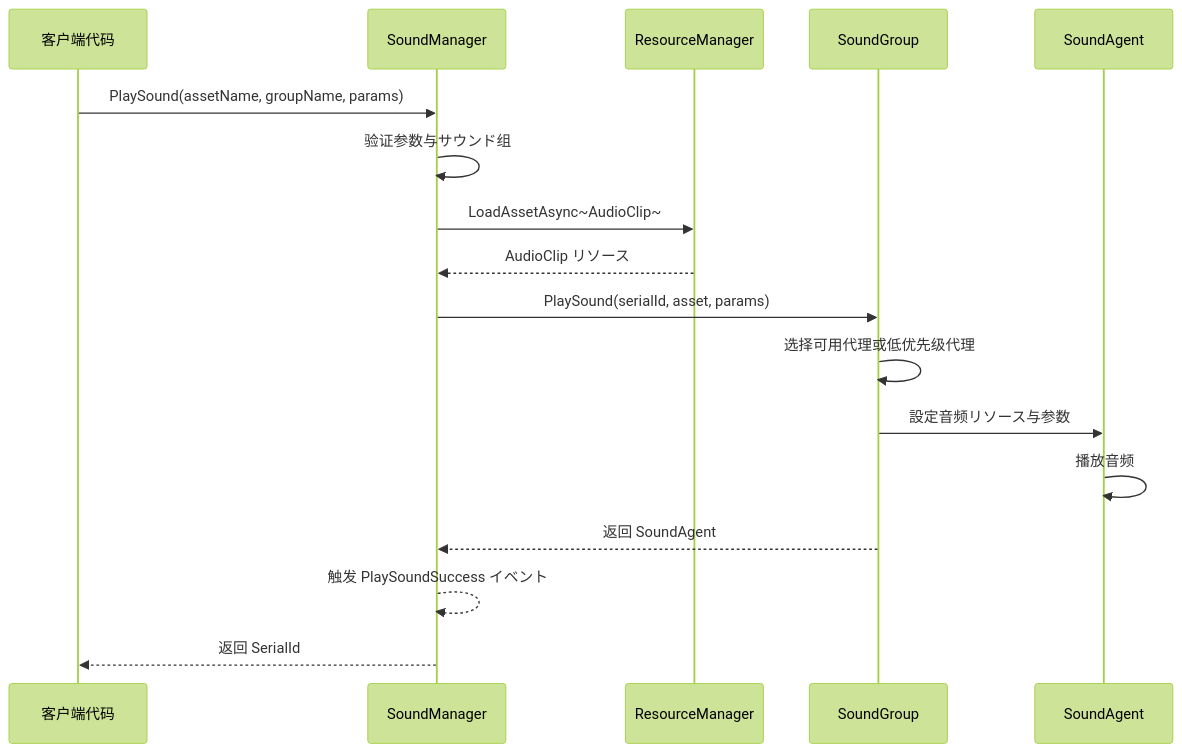
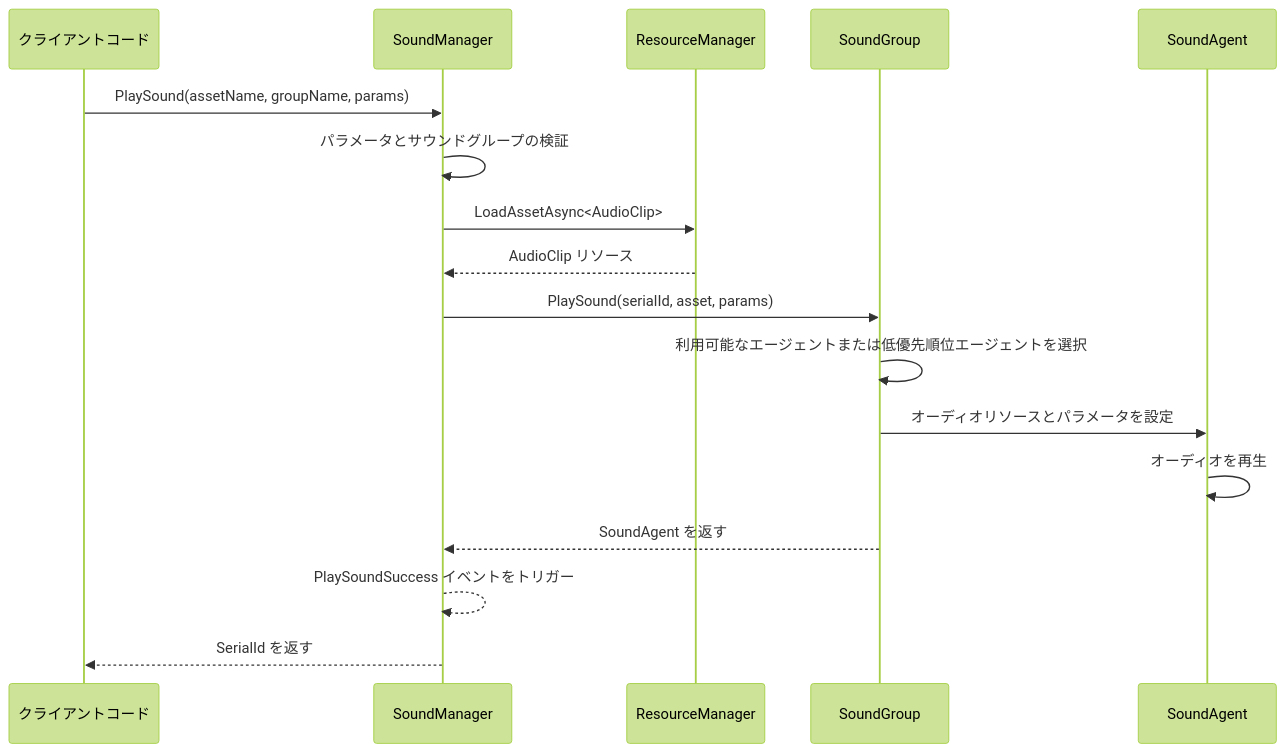
The third of 4 diagrams in docs/ja/client/unity/component/sound/01.overview.md (AlianBlank/GameFrameX.Docs), drawn with Mermaid (forest theme) before and after one commit. The commit also changed other lines of this file and 320 other files, not shown here.

````diff
--- a/docs/ja/client/unity/component/sound/01.overview.md
+++ b/docs/ja/client/unity/component/sound/01.overview.md
@@ -147,20 +147,20 @@
 ```mermaid
 sequenceDiagram
-    participant Client as 客户端代码
+    participant Client as クライアントコード
     participant SM as SoundManager
     participant RM as ResourceManager
     participant SG as SoundGroup
     participant SA as SoundAgent
 
     Client->>SM: PlaySound(assetName, groupName, params)
-    SM->>SM: 验证参数与サウンド组
-    SM->>RM: LoadAssetAsync~AudioClip~
+    SM->>SM: パラメータとサウンドグループの検証
+    SM->>RM: LoadAssetAsync<AudioClip>
     RM-->>SM: AudioClip リソース
     SM->>SG: PlaySound(serialId, asset, params)
-    SG->>SG: 选择可用代理或低优先级代理
-    SG->>SA: 設定音频リソース与参数
-    SA->>SA: 播放音频
-    SG-->>SM: 返回 SoundAgent
-    SM-->>SM: 触发 PlaySoundSuccess イベント
-    SM-->>Client: 返回 SerialId
+    SG->>SG: 利用可能なエージェントまたは低優先順位エージェントを選択
+    SG->>SA: オーディオリソースとパラメータを設定
+    SA->>SA: オーディオを再生
+    SG-->>SM: SoundAgent を返す
+    SM-->>SM: PlaySoundSuccess イベントをトリガー
+    SM-->>Client: SerialId を返す
 ```
````
